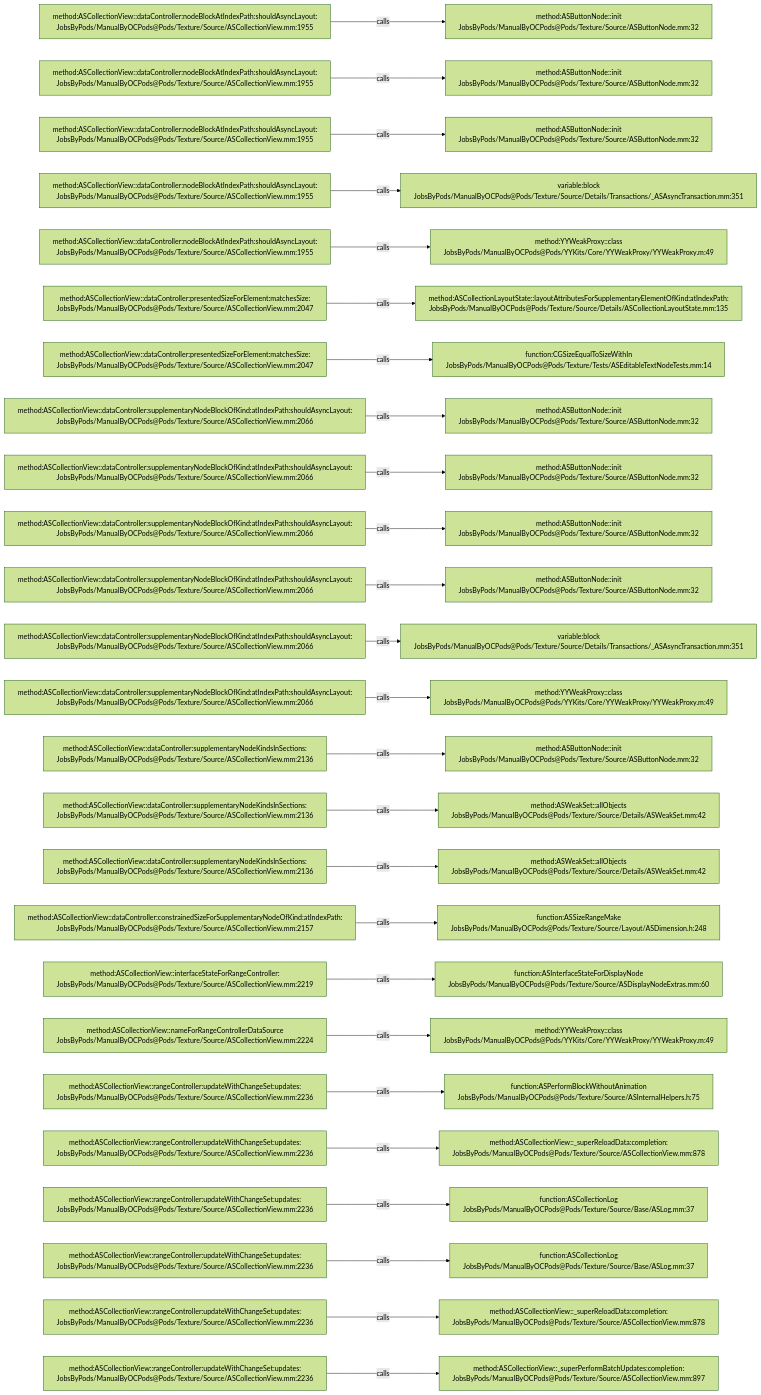
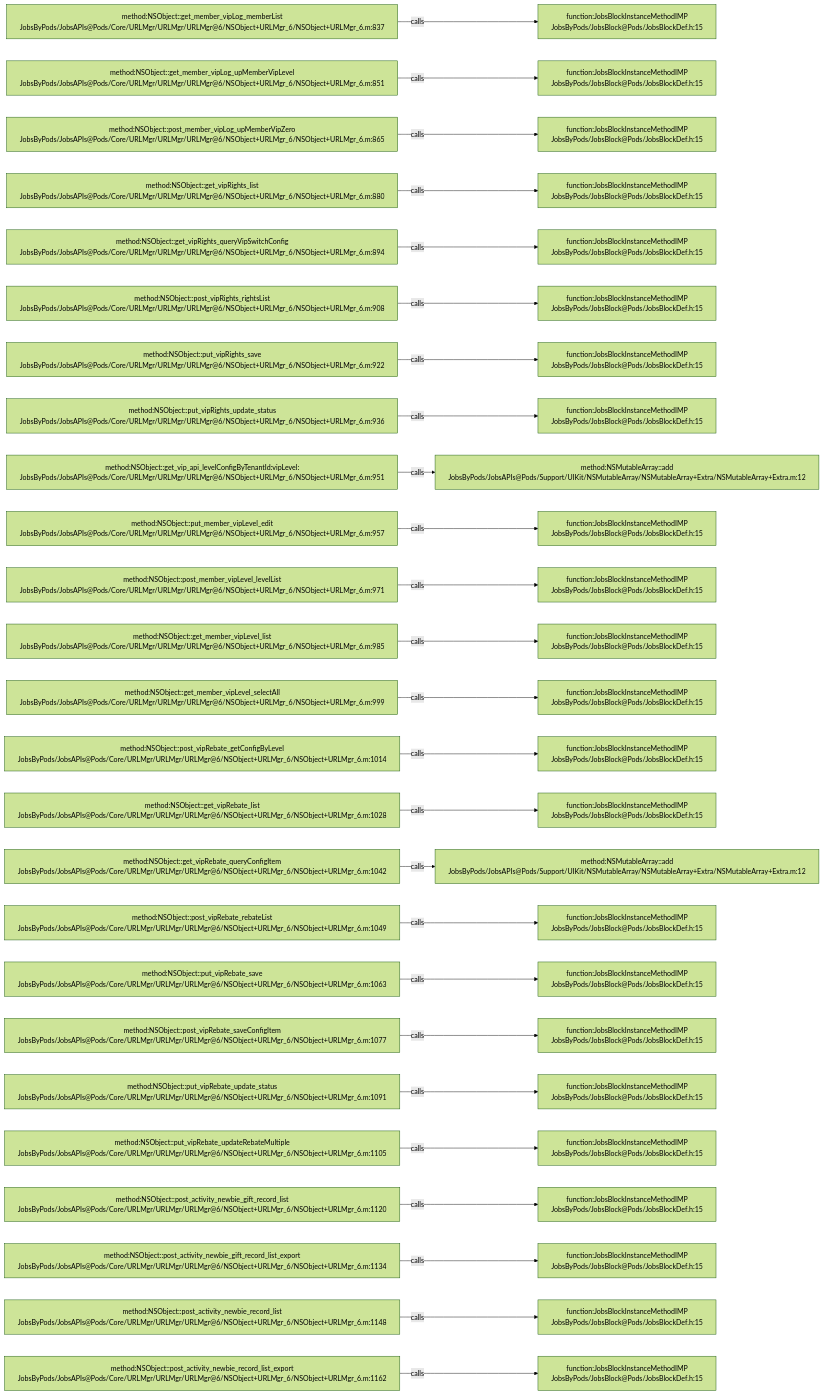
The diagram in .codegraph/codegraph.md/graphs/calls-069.md (JobsKits/JobsOCBaseConfigDemo), drawn with Mermaid (forest theme) before and after one commit. The commit also changed 768 other files, not shown here.

````diff
--- a/.codegraph/codegraph.md/graphs/calls-069.md
+++ b/.codegraph/codegraph.md/graphs/calls-069.md
@@ -13,78 +13,78 @@
 ```mermaid
 flowchart LR
-  S1["method:ASCollectionView::dataController:nodeBlockAtIndexPath:shouldAsyncLayout:<br/>JobsByPods/ManualByOCPods@Pods/Texture/Source/ASCollectionView.mm:1955"]
-  T1["method:ASButtonNode::init<br/>JobsByPods/ManualByOCPods@Pods/Texture/Source/ASButtonNode.mm:32"]
+  S1["method:NSObject::get_member_vipLog_memberList<br/>JobsByPods/JobsAPIs@Pods/Core/URLMgr/URLMgr/URLMgr@6/NSObject+URLMgr_6/NSObject+URLMgr_6.m:837"]
+  T1["function:JobsBlockInstanceMethodIMP<br/>JobsByPods/JobsBlock@Pods/JobsBlockDef.h:15"]
   S1 -->|calls| T1
-  S2["method:ASCollectionView::dataController:nodeBlockAtIndexPath:shouldAsyncLayout:<br/>JobsByPods/ManualByOCPods@Pods/Texture/Source/ASCollectionView.mm:1955"]
-  T2["method:ASButtonNode::init<br/>JobsByPods/ManualByOCPods@Pods/Texture/Source/ASButtonNode.mm:32"]
+  S2["method:NSObject::get_member_vipLog_upMemberVipLevel<br/>JobsByPods/JobsAPIs@Pods/Core/URLMgr/URLMgr/URLMgr@6/NSObject+URLMgr_6/NSObject+URLMgr_6.m:851"]
+  T2["function:JobsBlockInstanceMethodIMP<br/>JobsByPods/JobsBlock@Pods/JobsBlockDef.h:15"]
   S2 -->|calls| T2
-  S3["method:ASCollectionView::dataController:nodeBlockAtIndexPath:shouldAsyncLayout:<br/>JobsByPods/ManualByOCPods@Pods/Texture/Source/ASCollectionView.mm:1955"]
-  T3["method:ASButtonNode::init<br/>JobsByPods/ManualByOCPods@Pods/Texture/Source/ASButtonNode.mm:32"]
+  S3["method:NSObject::post_member_vipLog_upMemberVipZero<br/>JobsByPods/JobsAPIs@Pods/Core/URLMgr/URLMgr/URLMgr@6/NSObject+URLMgr_6/NSObject+URLMgr_6.m:865"]
+  T3["function:JobsBlockInstanceMethodIMP<br/>JobsByPods/JobsBlock@Pods/JobsBlockDef.h:15"]
   S3 -->|calls| T3
-  S4["method:ASCollectionView::dataController:nodeBlockAtIndexPath:shouldAsyncLayout:<br/>JobsByPods/ManualByOCPods@Pods/Texture/Source/ASCollectionView.mm:1955"]
-  T4["variable:block<br/>JobsByPods/ManualByOCPods@Pods/Texture/Source/Details/Transactions/_ASAsyncTransaction.mm:351"]
+  S4["method:NSObject::get_vipRights_list<br/>JobsByPods/JobsAPIs@Pods/Core/URLMgr/URLMgr/URLMgr@6/NSObject+URLMgr_6/NSObject+URLMgr_6.m:880"]
+  T4["function:JobsBlockInstanceMethodIMP<br/>JobsByPods/JobsBlock@Pods/JobsBlockDef.h:15"]
   S4 -->|calls| T4
-  S5["method:ASCollectionView::dataController:nodeBlockAtIndexPath:shouldAsyncLayout:<br/>JobsByPods/ManualByOCPods@Pods/Texture/Source/ASCollectionView.mm:1955"]
-  T5["method:YYWeakProxy::class<br/>JobsByPods/ManualByOCPods@Pods/YYKits/Core/YYWeakProxy/YYWeakProxy.m:49"]
+  S5["method:NSObject::get_vipRights_queryVipSwitchConfig<br/>JobsByPods/JobsAPIs@Pods/Core/URLMgr/URLMgr/URLMgr@6/NSObject+URLMgr_6/NSObject+URLMgr_6.m:894"]
+  T5["function:JobsBlockInstanceMethodIMP<br/>JobsByPods/JobsBlock@Pods/JobsBlockDef.h:15"]
   S5 -->|calls| T5
-  S6["method:ASCollectionView::dataController:presentedSizeForElement:matchesSize:<br/>JobsByPods/ManualByOCPods@Pods/Texture/Source/ASCollectionView.mm:2047"]
-  T6["method:ASCollectionLayoutState::layoutAttributesForSupplementaryElementOfKind:atIndexPath:<br/>JobsByPods/ManualByOCPods@Pods/Texture/Source/Details/ASCollectionLayoutState.mm:135"]
+  S6["method:NSObject::post_vipRights_rightsList<br/>JobsByPods/JobsAPIs@Pods/Core/URLMgr/URLMgr/URLMgr@6/NSObject+URLMgr_6/NSObject+URLMgr_6.m:908"]
+  T6["function:JobsBlockInstanceMethodIMP<br/>JobsByPods/JobsBlock@Pods/JobsBlockDef.h:15"]
   S6 -->|calls| T6
-  S7["method:ASCollectionView::dataController:presentedSizeForElement:matchesSize:<br/>JobsByPods/ManualByOCPods@Pods/Texture/Source/ASCollectionView.mm:2047"]
-  T7["function:CGSizeEqualToSizeWithIn<br/>JobsByPods/ManualByOCPods@Pods/Texture/Tests/ASEditableTextNodeTests.mm:14"]
+  S7["method:NSObject::put_vipRights_save<br/>JobsByPods/JobsAPIs@Pods/Core/URLMgr/URLMgr/URLMgr@6/NSObject+URLMgr_6/NSObject+URLMgr_6.m:922"]
+  T7["function:JobsBlockInstanceMethodIMP<br/>JobsByPods/JobsBlock@Pods/JobsBlockDef.h:15"]
   S7 -->|calls| T7
-  S8["method:ASCollectionView::dataController:supplementaryNodeBlockOfKind:atIndexPath:shouldAsyncLayout:<br/>JobsByPods/ManualByOCPods@Pods/Texture/Source/ASCollectionView.mm:2066"]
-  T8["method:ASButtonNode::init<br/>JobsByPods/ManualByOCPods@Pods/Texture/Source/ASButtonNode.mm:32"]
+  S8["method:NSObject::put_vipRights_update_status<br/>JobsByPods/JobsAPIs@Pods/Core/URLMgr/URLMgr/URLMgr@6/NSObject+URLMgr_6/NSObject+URLMgr_6.m:936"]
+  T8["function:JobsBlockInstanceMethodIMP<br/>JobsByPods/JobsBlock@Pods/JobsBlockDef.h:15"]
   S8 -->|calls| T8
-  S9["method:ASCollectionView::dataController:supplementaryNodeBlockOfKind:atIndexPath:shouldAsyncLayout:<br/>JobsByPods/ManualByOCPods@Pods/Texture/Source/ASCollectionView.mm:2066"]
-  T9["method:ASButtonNode::init<br/>JobsByPods/ManualByOCPods@Pods/Texture/Source/ASButtonNode.mm:32"]
+  S9["method:NSObject::get_vip_api_levelConfigByTenantId:vipLevel:<br/>JobsByPods/JobsAPIs@Pods/Core/URLMgr/URLMgr/URLMgr@6/NSObject+URLMgr_6/NSObject+URLMgr_6.m:951"]
+  T9["method:NSMutableArray::add<br/>JobsByPods/JobsAPIs@Pods/Support/UIKit/NSMutableArray/NSMutableArray+Extra/NSMutableArray+Extra.m:12"]
   S9 -->|calls| T9
-  S10["method:ASCollectionView::dataController:supplementaryNodeBlockOfKind:atIndexPath:shouldAsyncLayout:<br/>JobsByPods/ManualByOCPods@Pods/Texture/Source/ASCollectionView.mm:2066"]
-  T10["method:ASButtonNode::init<br/>JobsByPods/ManualByOCPods@Pods/Texture/Source/ASButtonNode.mm:32"]
+  S10["method:NSObject::put_member_vipLevel_edit<br/>JobsByPods/JobsAPIs@Pods/Core/URLMgr/URLMgr/URLMgr@6/NSObject+URLMgr_6/NSObject+URLMgr_6.m:957"]
+  T10["function:JobsBlockInstanceMethodIMP<br/>JobsByPods/JobsBlock@Pods/JobsBlockDef.h:15"]
   S10 -->|calls| T10
-  S11["method:ASCollectionView::dataController:supplementaryNodeBlockOfKind:atIndexPath:shouldAsyncLayout:<br/>JobsByPods/ManualByOCPods@Pods/Texture/Source/ASCollectionView.mm:2066"]
-  T11["method:ASButtonNode::init<br/>JobsByPods/ManualByOCPods@Pods/Texture/Source/ASButtonNode.mm:32"]
+  S11["method:NSObject::post_member_vipLevel_levelList<br/>JobsByPods/JobsAPIs@Pods/Core/URLMgr/URLMgr/URLMgr@6/NSObject+URLMgr_6/NSObject+URLMgr_6.m:971"]
+  T11["function:JobsBlockInstanceMethodIMP<br/>JobsByPods/JobsBlock@Pods/JobsBlockDef.h:15"]
   S11 -->|calls| T11
-  S12["method:ASCollectionView::dataController:supplementaryNodeBlockOfKind:atIndexPath:shouldAsyncLayout:<br/>JobsByPods/ManualByOCPods@Pods/Texture/Source/ASCollectionView.mm:2066"]
-  T12["variable:block<br/>JobsByPods/ManualByOCPods@Pods/Texture/Source/Details/Transactions/_ASAsyncTransaction.mm:351"]
+  S12["method:NSObject::get_member_vipLevel_list<br/>JobsByPods/JobsAPIs@Pods/Core/URLMgr/URLMgr/URLMgr@6/NSObject+URLMgr_6/NSObject+URLMgr_6.m:985"]
+  T12["function:JobsBlockInstanceMethodIMP<br/>JobsByPods/JobsBlock@Pods/JobsBlockDef.h:15"]
   S12 -->|calls| T12
-  S13["method:ASCollectionView::dataController:supplementaryNodeBlockOfKind:atIndexPath:shouldAsyncLayout:<br/>JobsByPods/ManualByOCPods@Pods/Texture/Source/ASCollectionView.mm:2066"]
-  T13["method:YYWeakProxy::class<br/>JobsByPods/ManualByOCPods@Pods/YYKits/Core/YYWeakProxy/YYWeakProxy.m:49"]
+  S13["method:NSObject::get_member_vipLevel_selectAll<br/>JobsByPods/JobsAPIs@Pods/Core/URLMgr/URLMgr/URLMgr@6/NSObject+URLMgr_6/NSObject+URLMgr_6.m:999"]
+  T13["function:JobsBlockInstanceMethodIMP<br/>JobsByPods/JobsBlock@Pods/JobsBlockDef.h:15"]
   S13 -->|calls| T13
-  S14["method:ASCollectionView::dataController:supplementaryNodeKindsInSections:<br/>JobsByPods/ManualByOCPods@Pods/Texture/Source/ASCollectionView.mm:2136"]
-  T14["method:ASButtonNode::init<br/>JobsByPods/ManualByOCPods@Pods/Texture/Source/ASButtonNode.mm:32"]
+  S14["method:NSObject::post_vipRebate_getConfigByLevel<br/>JobsByPods/JobsAPIs@Pods/Core/URLMgr/URLMgr/URLMgr@6/NSObject+URLMgr_6/NSObject+URLMgr_6.m:1014"]
+  T14["function:JobsBlockInstanceMethodIMP<br/>JobsByPods/JobsBlock@Pods/JobsBlockDef.h:15"]
   S14 -->|calls| T14
-  S15["method:ASCollectionView::dataController:supplementaryNodeKindsInSections:<br/>JobsByPods/ManualByOCPods@Pods/Texture/Source/ASCollectionView.mm:2136"]
-  T15["method:ASWeakSet::allObjects<br/>JobsByPods/ManualByOCPods@Pods/Texture/Source/Details/ASWeakSet.mm:42"]
+  S15["method:NSObject::get_vipRebate_list<br/>JobsByPods/JobsAPIs@Pods/Core/URLMgr/URLMgr/URLMgr@6/NSObject+URLMgr_6/NSObject+URLMgr_6.m:1028"]
+  T15["function:JobsBlockInstanceMethodIMP<br/>JobsByPods/JobsBlock@Pods/JobsBlockDef.h:15"]
   S15 -->|calls| T15
-  S16["method:ASCollectionView::dataController:supplementaryNodeKindsInSections:<br/>JobsByPods/ManualByOCPods@Pods/Texture/Source/ASCollectionView.mm:2136"]
-  T16["method:ASWeakSet::allObjects<br/>JobsByPods/ManualByOCPods@Pods/Texture/Source/Details/ASWeakSet.mm:42"]
+  S16["method:NSObject::get_vipRebate_queryConfigItem<br/>JobsByPods/JobsAPIs@Pods/Core/URLMgr/URLMgr/URLMgr@6/NSObject+URLMgr_6/NSObject+URLMgr_6.m:1042"]
+  T16["method:NSMutableArray::add<br/>JobsByPods/JobsAPIs@Pods/Support/UIKit/NSMutableArray/NSMutableArray+Extra/NSMutableArray+Extra.m:12"]
   S16 -->|calls| T16
-  S17["method:ASCollectionView::dataController:constrainedSizeForSupplementaryNodeOfKind:atIndexPath:<br/>JobsByPods/ManualByOCPods@Pods/Texture/Source/ASCollectionView.mm:2157"]
-  T17["function:ASSizeRangeMake<br/>JobsByPods/ManualByOCPods@Pods/Texture/Source/Layout/ASDimension.h:248"]
+  S17["method:NSObject::post_vipRebate_rebateList<br/>JobsByPods/JobsAPIs@Pods/Core/URLMgr/URLMgr/URLMgr@6/NSObject+URLMgr_6/NSObject+URLMgr_6.m:1049"]
+  T17["function:JobsBlockInstanceMethodIMP<br/>JobsByPods/JobsBlock@Pods/JobsBlockDef.h:15"]
   S17 -->|calls| T17
-  S18["method:ASCollectionView::interfaceStateForRangeController:<br/>JobsByPods/ManualByOCPods@Pods/Texture/Source/ASCollectionView.mm:2219"]
-  T18["function:ASInterfaceStateForDisplayNode<br/>JobsByPods/ManualByOCPods@Pods/Texture/Source/ASDisplayNodeExtras.mm:60"]
+  S18["method:NSObject::put_vipRebate_save<br/>JobsByPods/JobsAPIs@Pods/Core/URLMgr/URLMgr/URLMgr@6/NSObject+URLMgr_6/NSObject+URLMgr_6.m:1063"]
+  T18["function:JobsBlockInstanceMethodIMP<br/>JobsByPods/JobsBlock@Pods/JobsBlockDef.h:15"]
   S18 -->|calls| T18
-  S19["method:ASCollectionView::nameForRangeControllerDataSource<br/>JobsByPods/ManualByOCPods@Pods/Texture/Source/ASCollectionView.mm:2224"]
-  T19["method:YYWeakProxy::class<br/>JobsByPods/ManualByOCPods@Pods/YYKits/Core/YYWeakProxy/YYWeakProxy.m:49"]
+  S19["method:NSObject::post_vipRebate_saveConfigItem<br/>JobsByPods/JobsAPIs@Pods/Core/URLMgr/URLMgr/URLMgr@6/NSObject+URLMgr_6/NSObject+URLMgr_6.m:1077"]
+  T19["function:JobsBlockInstanceMethodIMP<br/>JobsByPods/JobsBlock@Pods/JobsBlockDef.h:15"]
   S19 -->|calls| T19
-  S20["method:ASCollectionView::rangeController:updateWithChangeSet:updates:<br/>JobsByPods/ManualByOCPods@Pods/Texture/Source/ASCollectionView.mm:2236"]
-  T20["function:ASPerformBlockWithoutAnimation<br/>JobsByPods/ManualByOCPods@Pods/Texture/Source/ASInternalHelpers.h:75"]
+  S20["method:NSObject::put_vipRebate_update_status<br/>JobsByPods/JobsAPIs@Pods/Core/URLMgr/URLMgr/URLMgr@6/NSObject+URLMgr_6/NSObject+URLMgr_6.m:1091"]
+  T20["function:JobsBlockInstanceMethodIMP<br/>JobsByPods/JobsBlock@Pods/JobsBlockDef.h:15"]
   S20 -->|calls| T20
-  S21["method:ASCollectionView::rangeController:updateWithChangeSet:updates:<br/>JobsByPods/ManualByOCPods@Pods/Texture/Source/ASCollectionView.mm:2236"]
-  T21["method:ASCollectionView::_superReloadData:completion:<br/>JobsByPods/ManualByOCPods@Pods/Texture/Source/ASCollectionView.mm:878"]
+  S21["method:NSObject::put_vipRebate_updateRebateMultiple<br/>JobsByPods/JobsAPIs@Pods/Core/URLMgr/URLMgr/URLMgr@6/NSObject+URLMgr_6/NSObject+URLMgr_6.m:1105"]
+  T21["function:JobsBlockInstanceMethodIMP<br/>JobsByPods/JobsBlock@Pods/JobsBlockDef.h:15"]
   S21 -->|calls| T21
-  S22["method:ASCollectionView::rangeController:updateWithChangeSet:updates:<br/>JobsByPods/ManualByOCPods@Pods/Texture/Source/ASCollectionView.mm:2236"]
-  T22["function:ASCollectionLog<br/>JobsByPods/ManualByOCPods@Pods/Texture/Source/Base/ASLog.mm:37"]
+  S22["method:NSObject::post_activity_newbie_gift_record_list<br/>JobsByPods/JobsAPIs@Pods/Core/URLMgr/URLMgr/URLMgr@6/NSObject+URLMgr_6/NSObject+URLMgr_6.m:1120"]
+  T22["function:JobsBlockInstanceMethodIMP<br/>JobsByPods/JobsBlock@Pods/JobsBlockDef.h:15"]
   S22 -->|calls| T22
-  S23["method:ASCollectionView::rangeController:updateWithChangeSet:updates:<br/>JobsByPods/ManualByOCPods@Pods/Texture/Source/ASCollectionView.mm:2236"]
-  T23["function:ASCollectionLog<br/>JobsByPods/ManualByOCPods@Pods/Texture/Source/Base/ASLog.mm:37"]
+  S23["method:NSObject::post_activity_newbie_gift_record_list_export<br/>JobsByPods/JobsAPIs@Pods/Core/URLMgr/URLMgr/URLMgr@6/NSObject+URLMgr_6/NSObject+URLMgr_6.m:1134"]
+  T23["function:JobsBlockInstanceMethodIMP<br/>JobsByPods/JobsBlock@Pods/JobsBlockDef.h:15"]
   S23 -->|calls| T23
-  S24["method:ASCollectionView::rangeController:updateWithChangeSet:updates:<br/>JobsByPods/ManualByOCPods@Pods/Texture/Source/ASCollectionView.mm:2236"]
-  T24["method:ASCollectionView::_superReloadData:completion:<br/>JobsByPods/ManualByOCPods@Pods/Texture/Source/ASCollectionView.mm:878"]
+  S24["method:NSObject::post_activity_newbie_record_list<br/>JobsByPods/JobsAPIs@Pods/Core/URLMgr/URLMgr/URLMgr@6/NSObject+URLMgr_6/NSObject+URLMgr_6.m:1148"]
+  T24["function:JobsBlockInstanceMethodIMP<br/>JobsByPods/JobsBlock@Pods/JobsBlockDef.h:15"]
   S24 -->|calls| T24
-  S25["method:ASCollectionView::rangeController:updateWithChangeSet:updates:<br/>JobsByPods/ManualByOCPods@Pods/Texture/Source/ASCollectionView.mm:2236"]
-  T25["method:ASCollectionView::_superPerformBatchUpdates:completion:<br/>JobsByPods/ManualByOCPods@Pods/Texture/Source/ASCollectionView.mm:897"]
+  S25["method:NSObject::post_activity_newbie_record_list_export<br/>JobsByPods/JobsAPIs@Pods/Core/URLMgr/URLMgr/URLMgr@6/NSObject+URLMgr_6/NSObject+URLMgr_6.m:1162"]
+  T25["function:JobsBlockInstanceMethodIMP<br/>JobsByPods/JobsBlock@Pods/JobsBlockDef.h:15"]
   S25 -->|calls| T25
 ```
````
